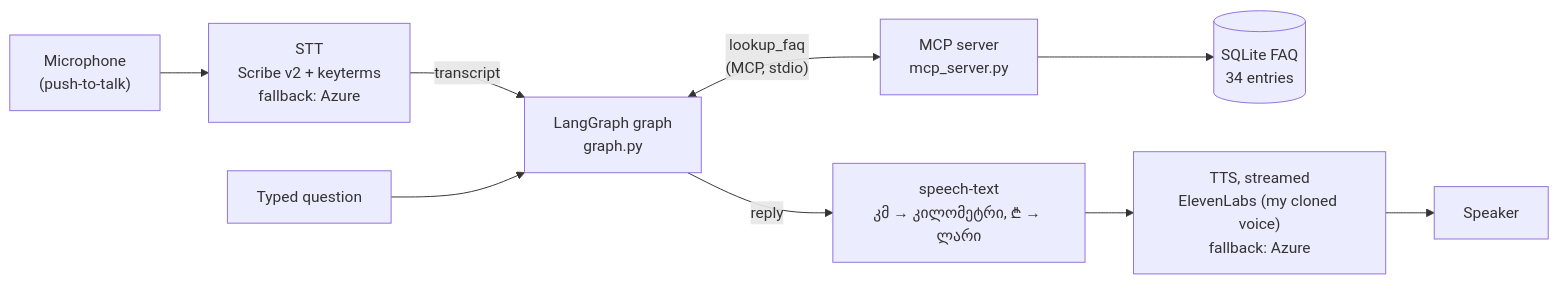
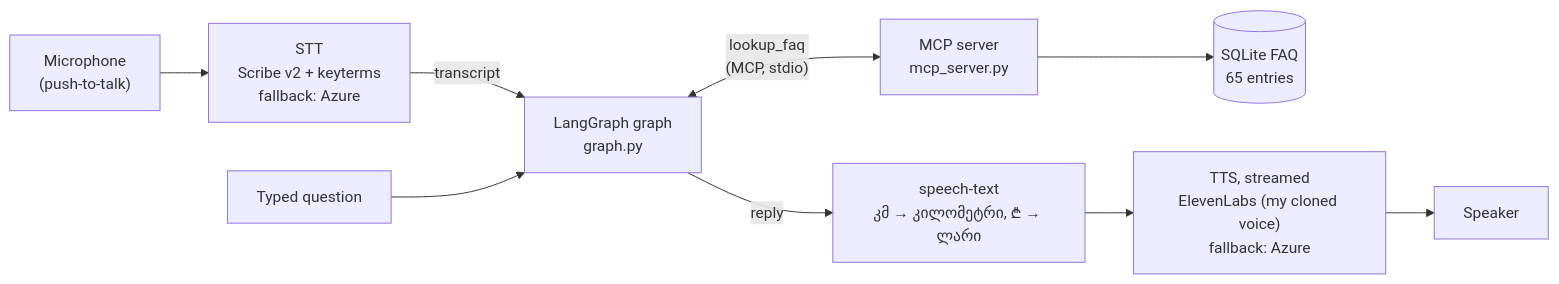
The first of 2 diagrams in README.md (romaxod/georgian-voice-assistant), drawn with Mermaid before and after one commit. The commit also changed other lines of this file and 13 other files, not shown here.

````diff
--- a/README.md
+++ b/README.md
@@ -52,11 +52,11 @@
 ```mermaid
 flowchart LR
     mic["Microphone<br/>(push-to-talk)"] --> stt["STT<br/>Scribe v2 + keyterms<br/>fallback: Azure"]
     stt -- transcript --> lg["LangGraph graph<br/>graph.py"]
     typed["Typed question"] --> lg
     lg <-- "lookup_faq<br/>(MCP, stdio)" --> mcp["MCP server<br/>mcp_server.py"]
-    mcp --> db[("SQLite FAQ<br/>34 entries")]
+    mcp --> db[("SQLite FAQ<br/>65 entries")]
     lg -- reply --> st["speech-text<br/>კმ → კილომეტრი, ₾ → ლარი"]
     st --> tts["TTS, streamed<br/>ElevenLabs (my cloned voice)<br/>fallback: Azure"]
     tts --> spk["Speaker"]
 ```
````
